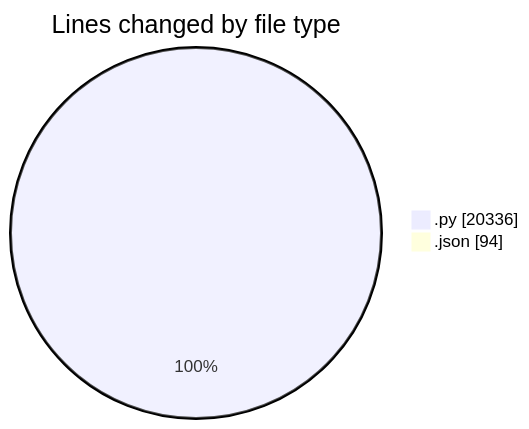
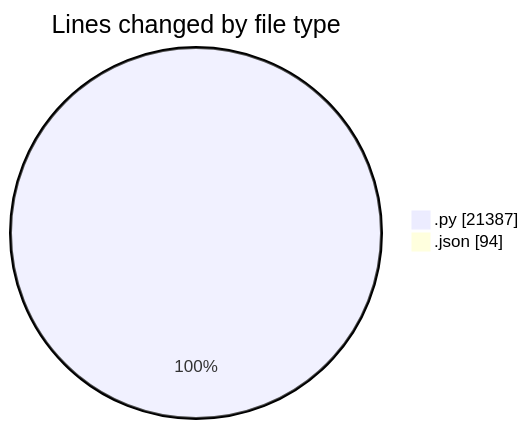
The first of 2 diagrams in 2025-07-14/telebot/README.md (jrari/code-tracking), drawn with Mermaid before and after one commit. The commit also changed other lines of this file and 1 other file, not shown here.

````diff
--- a/2025-07-14/telebot/README.md
+++ b/2025-07-14/telebot/README.md
@@ -45,6 +46,6 @@
 ```mermaid
 pie showData
 title Lines changed by file type
-".py" : 20336
+".py" : 21387
 ".json" : 94
 ```
````
